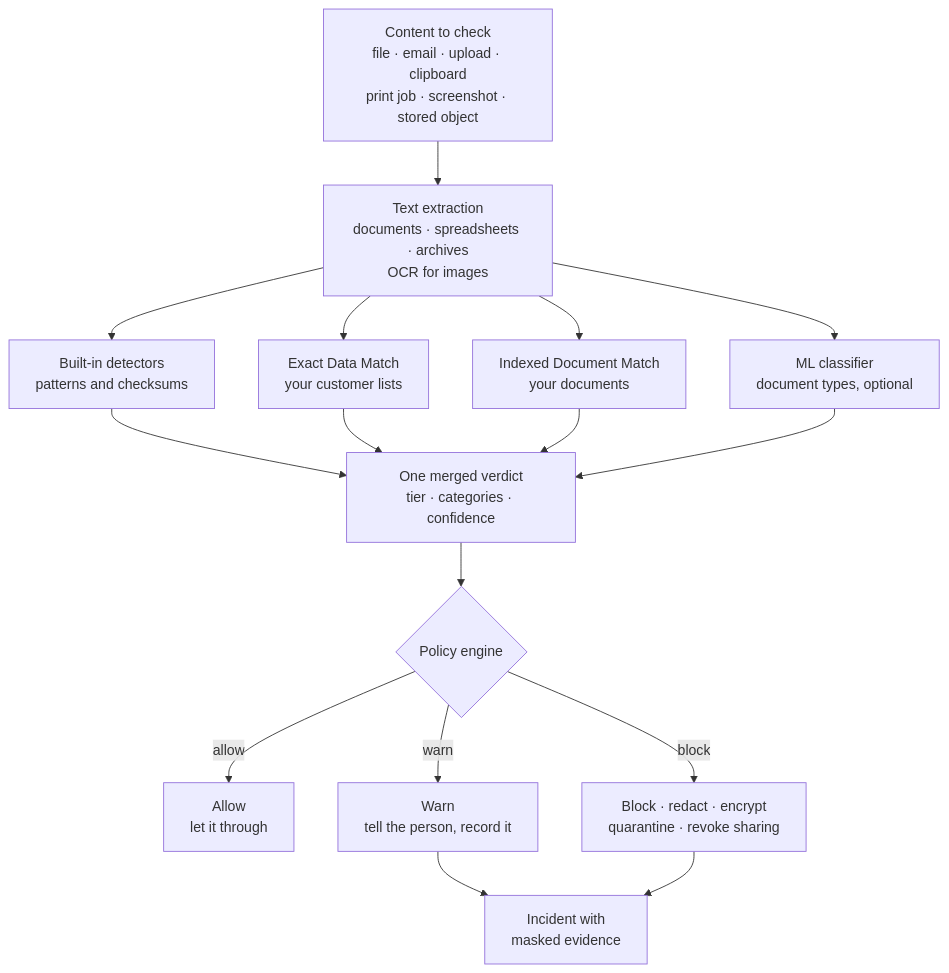
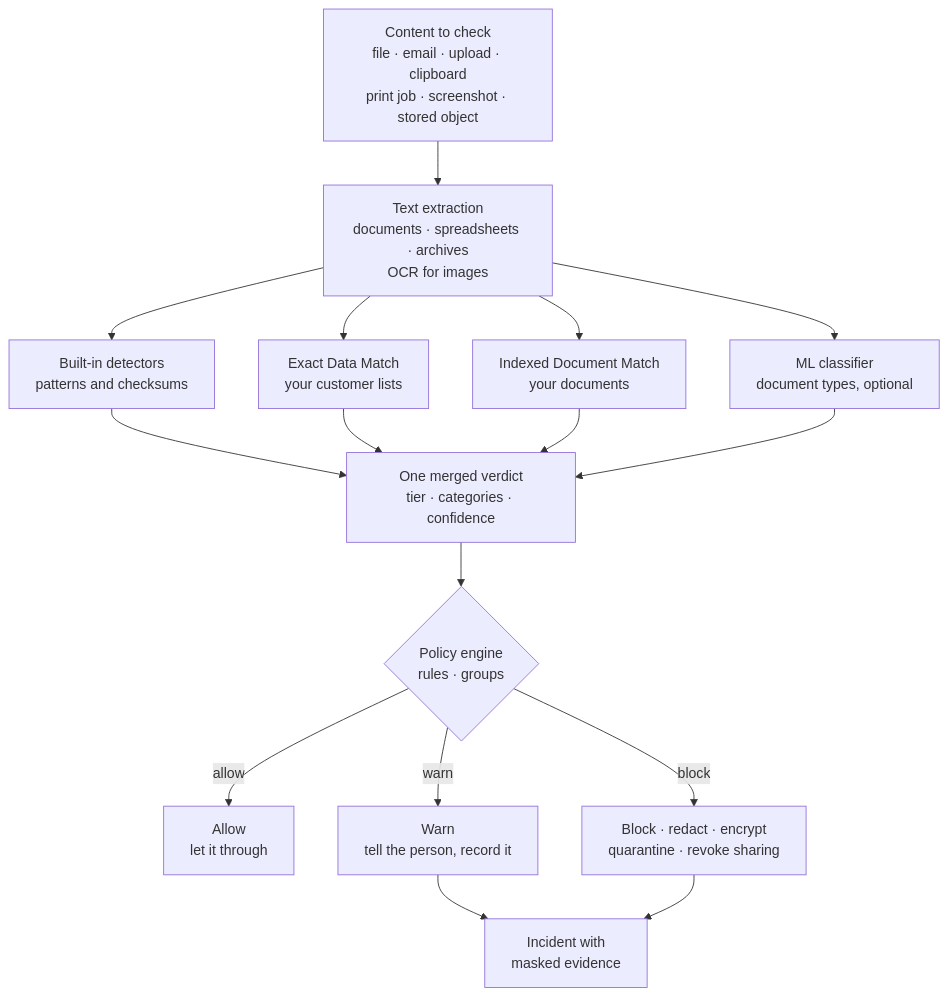
One commit to nikit-cyberultron/ZeroShield-DLP-Public changed the second of 8 diagrams in README.md. Above: the diagram before and after it, drawn with Mermaid. The commit also changed other lines of this file and 1 other file, not shown here.

Commit message:
docs: add groups, screen capture blocking and data retention to README

````diff
--- a/README.md
+++ b/README.md
@@ -119,25 +130,25 @@
 ```mermaid
 flowchart TB
     Input["Content to check<br/>file · email · upload · clipboard<br/>print job · screenshot · stored object"]
     Extract["Text extraction<br/>documents · spreadsheets · archives<br/>OCR for images"]
     Builtin["Built-in detectors<br/>patterns and checksums"]
     EDM["Exact Data Match<br/>your customer lists"]
     IDM["Indexed Document Match<br/>your documents"]
     ML["ML classifier<br/>document types, optional"]
     Merge["One merged verdict<br/>tier · categories · confidence"]
-    Policy{"Policy engine"}
+    Policy{"Policy engine<br/>rules · groups"}
     Allow["Allow<br/>let it through"]
     Warn["Warn<br/>tell the person, record it"]
     Enforce["Block · redact · encrypt<br/>quarantine · revoke sharing"]
     Incident["Incident with<br/>masked evidence"]
 
     Input --> Extract
     Extract --> Builtin & EDM & IDM & ML
     Builtin & EDM & IDM & ML --> Merge
     Merge --> Policy
     Policy -->|"allow"| Allow
     Policy -->|"warn"| Warn
     Policy -->|"block"| Enforce
     Warn --> Incident
     Enforce --> Incident
 ```
````
